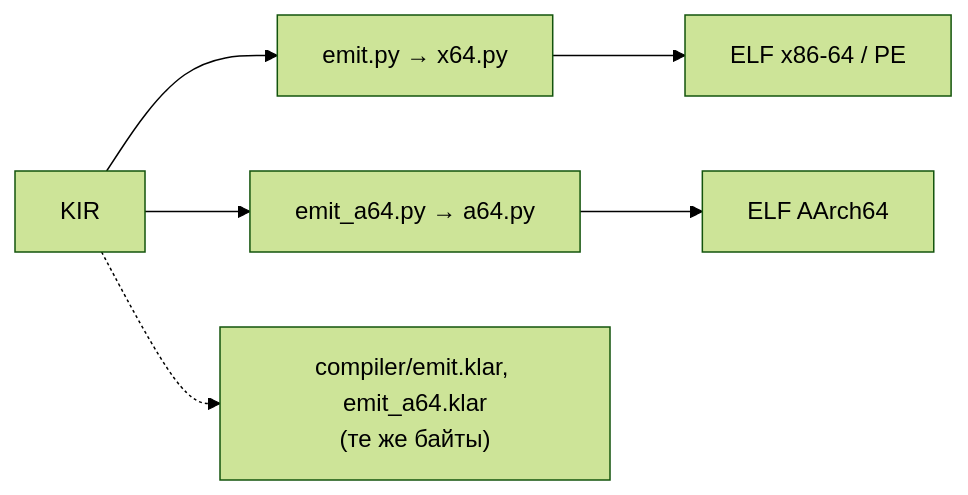
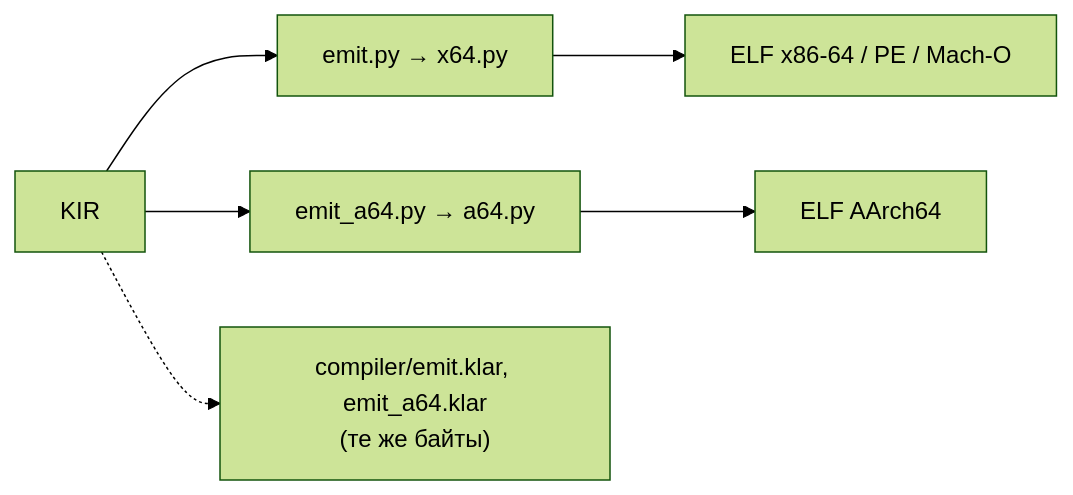
One commit to veosett/Klar changed the fourth of 8 diagrams in docs/ARCHITECTURE.md. Above: the diagram before and after it, drawn with Mermaid (forest theme). The commit also changed other lines of this file and 22 other files, not shown here.

````diff
--- a/docs/ARCHITECTURE.md
+++ b/docs/ARCHITECTURE.md
@@ -201,6 +201,6 @@
 ```mermaid
 flowchart LR
-    kir["KIR"] --> x["emit.py → x64.py"] --> l1["ELF x86-64 / PE"]
+    kir["KIR"] --> x["emit.py → x64.py"] --> l1["ELF x86-64 / PE / Mach-O"]
     kir --> a["emit_a64.py → a64.py"] --> l2["ELF AArch64"]
     kir -.-> k["compiler/emit.klar, emit_a64.klar<br/>(те же байты)"]
 ```
````
